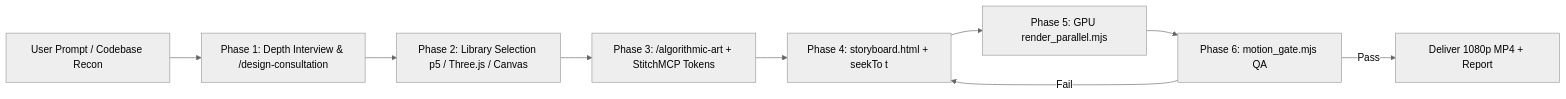
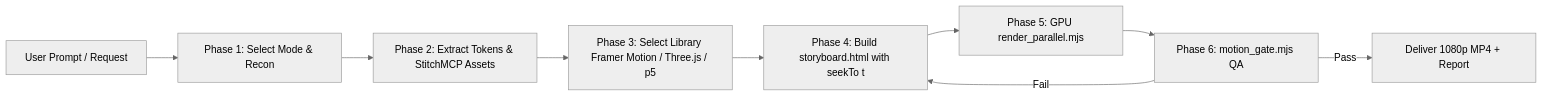
Before and after one commit to AhmedNasser-bug/codebase-motion-graphics: the diagram in SKILL.md, drawn with Mermaid (neutral theme). The commit also changed other lines of this file and 3 other files, not shown here.

Commit message:
feat: integrate Framer Motion, 6 production sub-categories, Hive 3D tunnel and holographic cards templates

````diff
--- a/SKILL.md
+++ b/SKILL.md
@@ -46,11 +64,11 @@
 ```mermaid
 flowchart LR
-  A[User Prompt / Codebase Recon] --> B[Phase 1: Depth Interview & /design-consultation]
-  B --> C[Phase 2: Library Selection p5 / Three.js / Canvas]
-  C --> D[Phase 3: /algorithmic-art + StitchMCP Tokens]
-  D --> E[Phase 4: storyboard.html + seekTo t]
+  A[User Prompt / Request] --> B[Phase 1: Select Mode & Recon]
+  B --> C[Phase 2: Extract Tokens & StitchMCP Assets]
+  C --> D[Phase 3: Select Library Framer Motion / Three.js / p5]
+  D --> E[Phase 4: Build storyboard.html with seekTo t]
   E --> F[Phase 5: GPU render_parallel.mjs]
   F --> G[Phase 6: motion_gate.mjs QA]
   G -->|Pass| H[Deliver 1080p MP4 + Report]
   G -->|Fail| E
 ```
````
